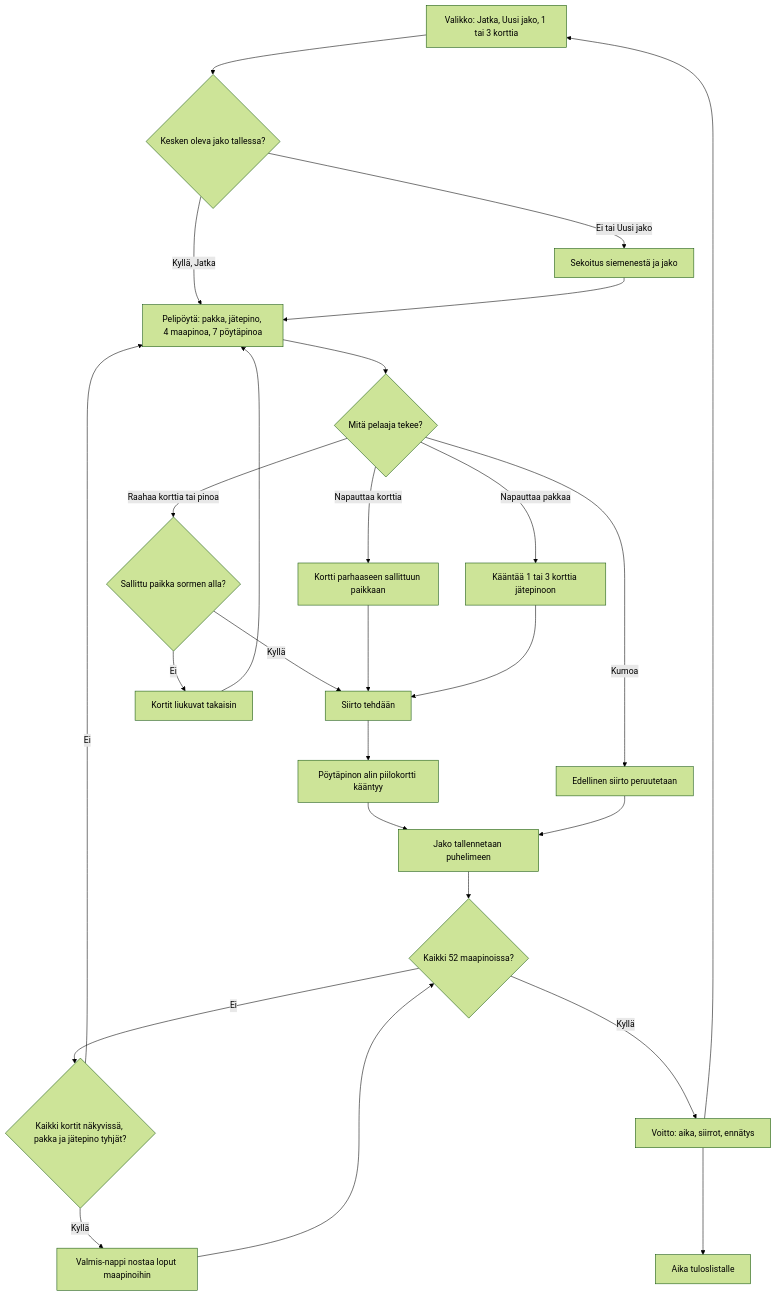
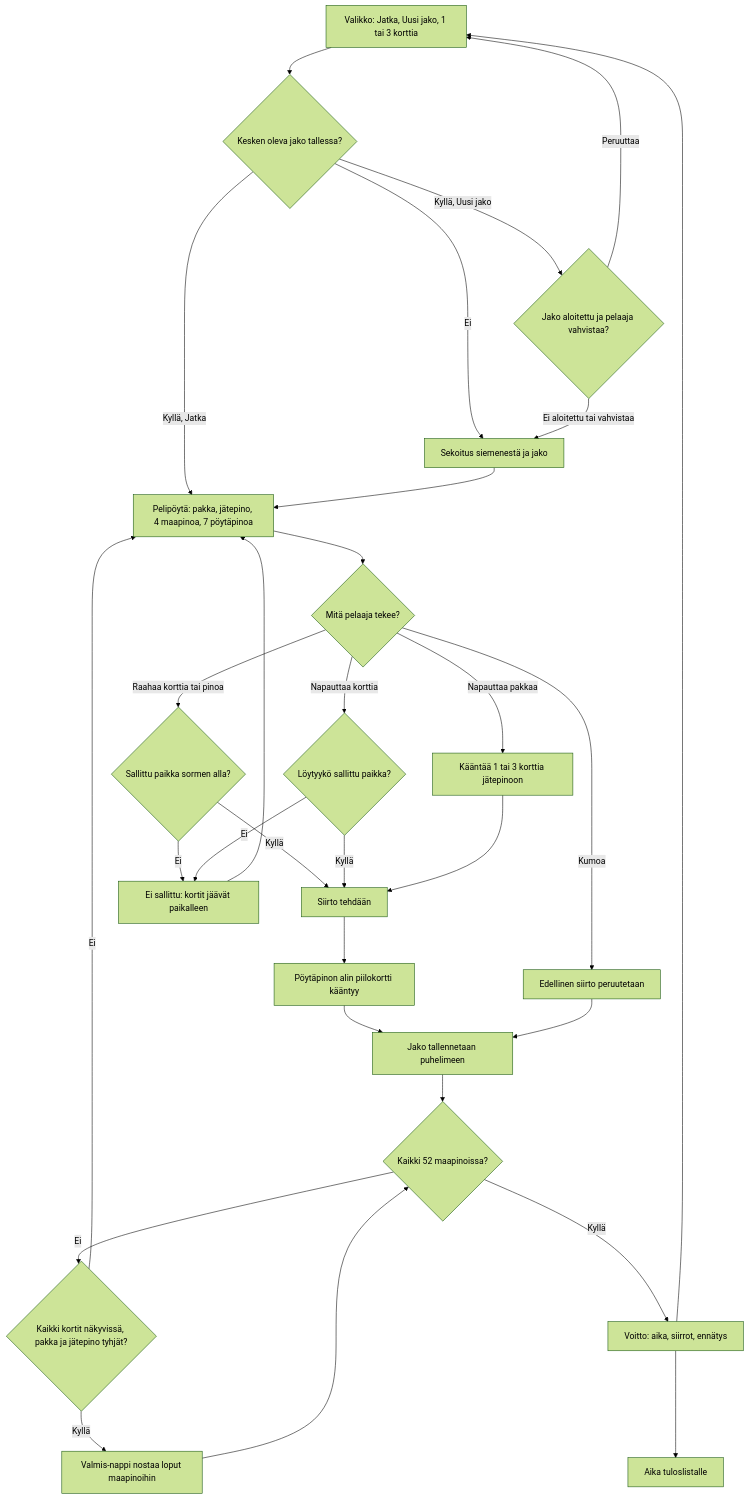
One commit to eerovil/ai-pelit changed the diagram in docs/diagrams/pasianssi.md. Above: the diagram before and after it, drawn with Mermaid (forest theme). The commit also changed other lines of this file and 3 other files, not shown here.

````diff
--- a/docs/diagrams/pasianssi.md
+++ b/docs/diagrams/pasianssi.md
@@ -8,33 +8,37 @@
 ```mermaid
 flowchart TD
   A[Valikko: Jatka, Uusi jako, 1 tai 3 korttia] --> J{Kesken oleva jako tallessa?}
   J -- Kyllä, Jatka --> P[Pelipöytä: pakka, jätepino, 4 maapinoa, 7 pöytäpinoa]
-  J -- Ei tai Uusi jako --> S[Sekoitus siemenestä ja jako]
+  J -- Ei --> S[Sekoitus siemenestä ja jako]
+  J -- Kyllä, Uusi jako --> Q{Jako aloitettu ja pelaaja vahvistaa?}
+  Q -- Ei aloitettu tai vahvistaa --> S
+  Q -- Peruuttaa --> A
   S --> P
   P --> T{Mitä pelaaja tekee?}
   T -- Napauttaa pakkaa --> D[Kääntää 1 tai 3 korttia jätepinoon]
-  T -- Napauttaa korttia --> M[Kortti parhaaseen sallittuun paikkaan]
+  T -- Napauttaa korttia --> M{Löytyykö sallittu paikka?}
   T -- Raahaa korttia tai pinoa --> R{Sallittu paikka sormen alla?}
   T -- Kumoa --> U[Edellinen siirto peruutetaan]
   R -- Kyllä --> K[Siirto tehdään]
-  R -- Ei --> B[Kortit liukuvat takaisin]
-  M --> K
+  R -- Ei --> B[Ei sallittu: kortit jäävät paikalleen]
+  M -- Kyllä --> K
+  M -- Ei --> B
   D --> K
   K --> F[Pöytäpinon alin piilokortti kääntyy]
   F --> V[Jako tallennetaan puhelimeen]
   U --> V
   B --> P
   V --> W{Kaikki 52 maapinoissa?}
   W -- Ei --> X{Kaikki kortit näkyvissä, pakka ja jätepino tyhjät?}
   X -- Kyllä --> AF[Valmis-nappi nostaa loput maapinoihin]
   AF --> W
   X -- Ei --> P
   W -- Kyllä --> G[Voitto: aika, siirrot, ennätys]
   G --> L[Aika tuloslistalle]
   G --> A
-  class A,P,D,M,K,B blue
-  class J,T,R,W,X amber
+  class A,P,D,K,B blue
+  class J,Q,T,M,R,W,X amber
   class S,F,V,U teal
   class AF violet
   class G,L green
 ```
````
